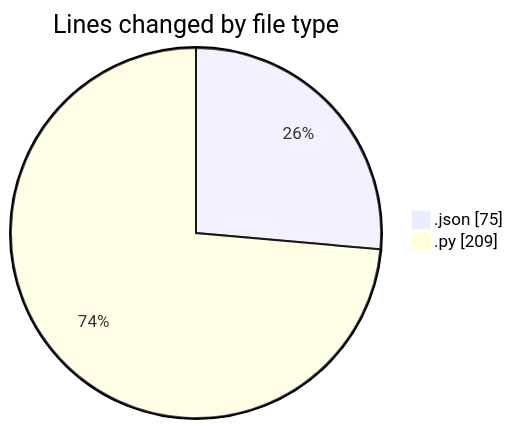
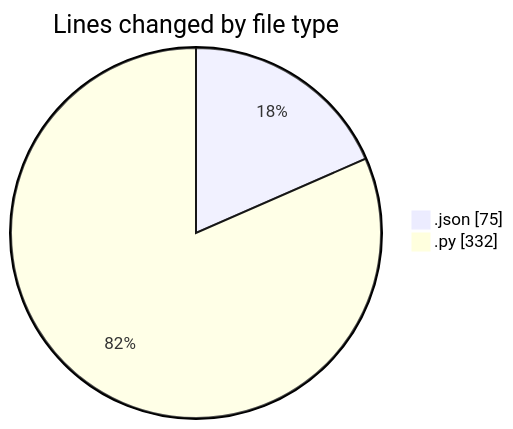
The first of 2 diagrams in 2025-10-08/untitled__workspace_/README.md (MatusMokan/code-tracking), drawn with Mermaid before and after one commit. The commit also changed other lines of this file and 1 other file, not shown here.

````diff
--- a/2025-10-08/untitled__workspace_/README.md
+++ b/2025-10-08/untitled__workspace_/README.md
@@ -22,6 +23,6 @@
 ```mermaid
 pie showData
 title Lines changed by file type
 ".json" : 75
-".py" : 209
+".py" : 332
 ```
````
